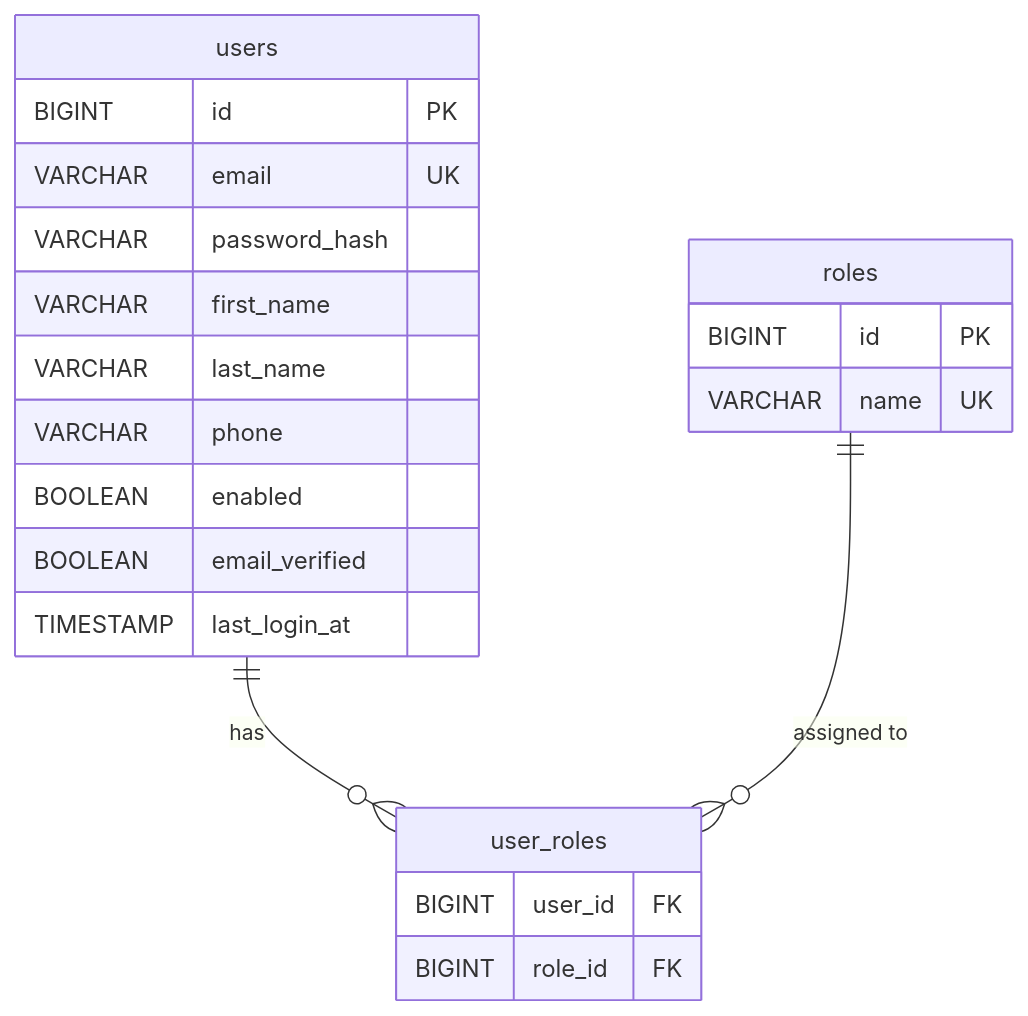
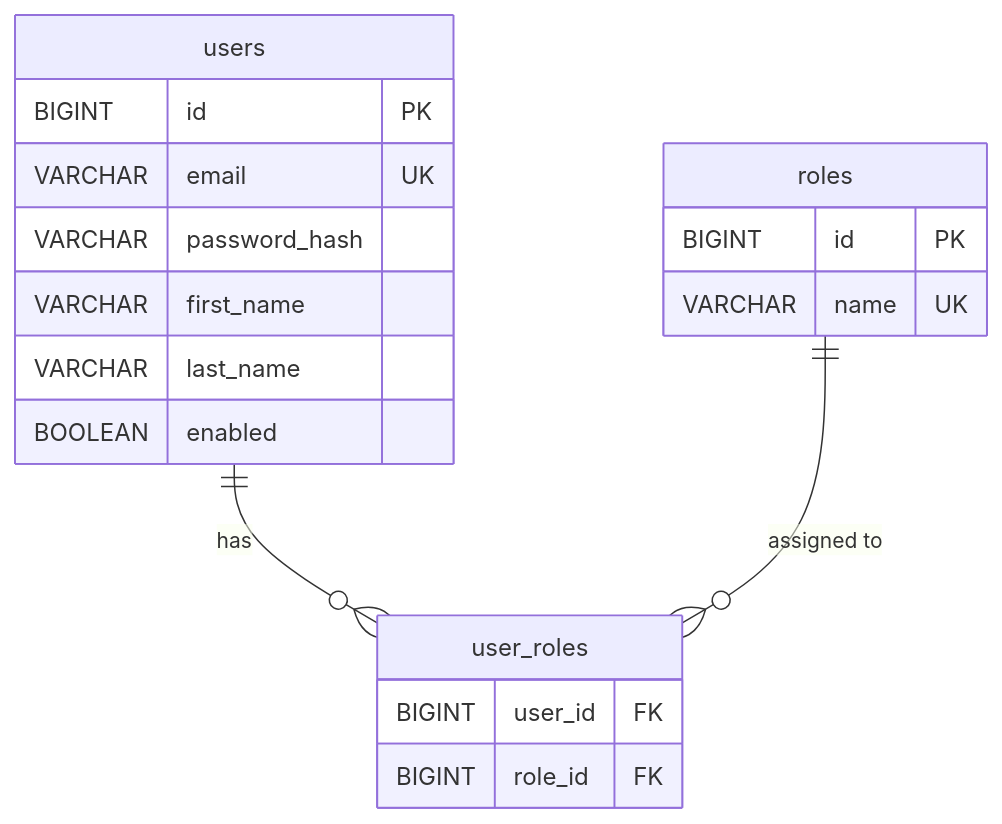
Before and after one commit to kousen/mockhub: the first of 7 diagrams in ARCHITECTURE.md, drawn with Mermaid. The commit also changed other lines of this file and 10 other files, not shown here.

````diff
--- a/ARCHITECTURE.md
+++ b/ARCHITECTURE.md
@@ -403,25 +63,22 @@
 ```mermaid
 erDiagram
     users {
         BIGINT id PK
         VARCHAR email UK
         VARCHAR password_hash
         VARCHAR first_name
         VARCHAR last_name
-        VARCHAR phone
         BOOLEAN enabled
-        BOOLEAN email_verified
-        TIMESTAMP last_login_at
     }
     roles {
         BIGINT id PK
         VARCHAR name UK
     }
     user_roles {
         BIGINT user_id FK
         BIGINT role_id FK
     }
 
     users ||--o{ user_roles : "has"
     roles ||--o{ user_roles : "assigned to"
 ```
````
